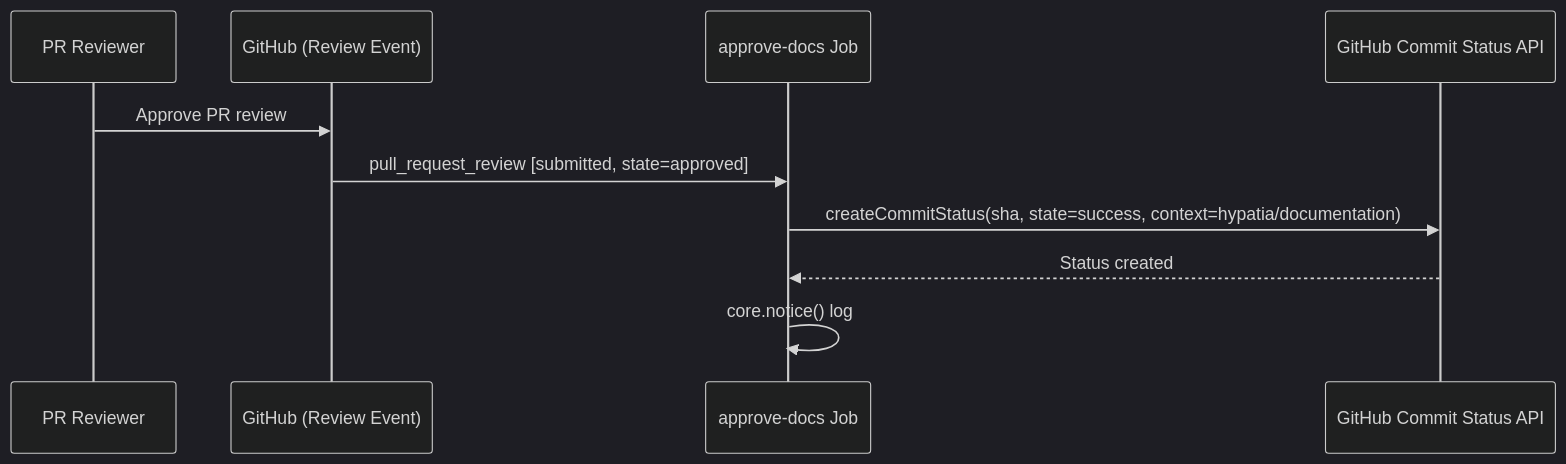
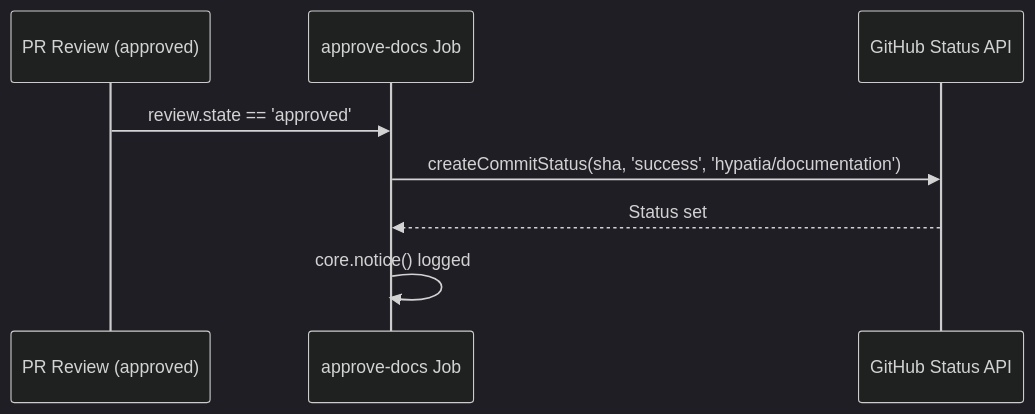
One commit to cornelisnetworks/opa-psm2-tests changed the third of 4 diagrams in docs/.github-workflows.md. Above: the diagram before and after it, drawn with Mermaid (dark theme). The commit also changed other lines of this file and 1 other file, not shown here.

Commit message:
docs: auto-generate documentation for PR #1 [skip ci]

````diff
--- a/docs/.github-workflows.md
+++ b/docs/.github-workflows.md
@@ -69,13 +69,11 @@
 ```mermaid
 sequenceDiagram
-    participant Reviewer as PR Reviewer
-    participant GH as GitHub (Review Event)
+    participant Review as PR Review (approved)
     participant Approve as approve-docs Job
-    participant StatusAPI as GitHub Commit Status API
+    participant GH as GitHub Status API
 
-    Reviewer->>GH: Approve PR review
-    GH->>Approve: pull_request_review [submitted, state=approved]
-    Approve->>StatusAPI: createCommitStatus(sha, state=success, context=hypatia/documentation)
-    StatusAPI-->>Approve: Status created
-    Approve->>Approve: core.notice() log
+    Review->>Approve: review.state == 'approved'
+    Approve->>GH: createCommitStatus(sha, 'success', 'hypatia/documentation')
+    GH-->>Approve: Status set
+    Approve->>Approve: core.notice() logged
 ```
````
